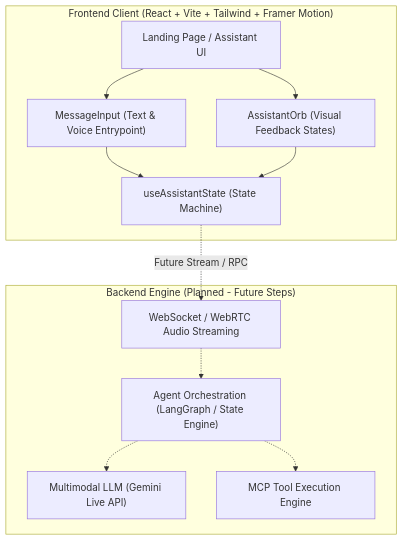
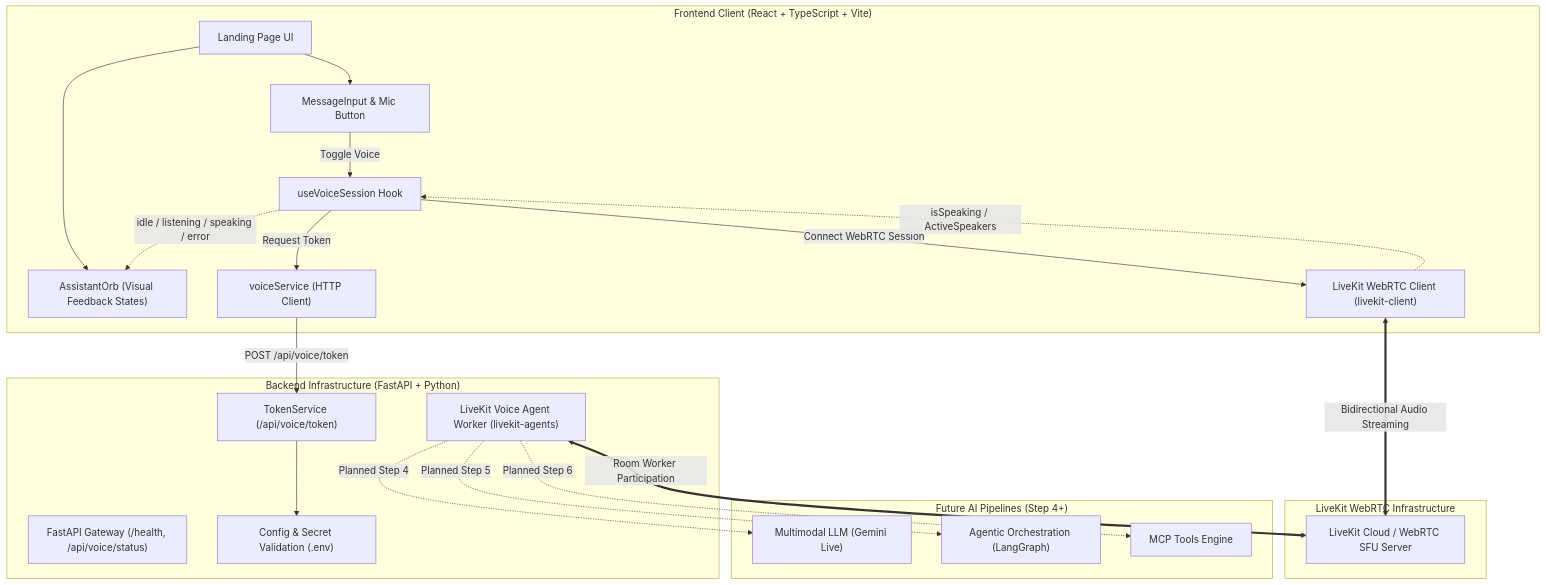
One commit to Prashantt-Singh/voxara-ai changed the diagram in docs/ARCHITECTURE.md. Above: the diagram before and after it, drawn with Mermaid. The commit also changed other lines of this file and 22 other files, not shown here.

````diff
--- a/docs/ARCHITECTURE.md
+++ b/docs/ARCHITECTURE.md
@@ -9,26 +9,48 @@
 ```mermaid
 flowchart TD
-    subgraph Frontend["Frontend Client (React + Vite + Tailwind + Framer Motion)"]
-        UI["Landing Page / Assistant UI"]
+    subgraph Client["Frontend Client (React + TypeScript + Vite)"]
+        UI["Landing Page UI"]
         Orb["AssistantOrb (Visual Feedback States)"]
-        Input["MessageInput (Text & Voice Entrypoint)"]
-        Hook["useAssistantState (State Machine)"]
+        MicBtn["MessageInput & Mic Button"]
+        Hook["useVoiceSession Hook"]
+        VoiceService["voiceService (HTTP Client)"]
+        LKClient["LiveKit WebRTC Client (livekit-client)"]
     end
 
-    subgraph Backend["Backend Engine (Planned - Future Steps)"]
-        WS["WebSocket / WebRTC Audio Streaming"]
-        Orch["Agent Orchestration (LangGraph / State Engine)"]
-        LLM["Multimodal LLM (Gemini Live API)"]
-        Tools["MCP Tool Execution Engine"]
+    subgraph Backend["Backend Infrastructure (FastAPI + Python)"]
+        API["FastAPI Gateway (/health, /api/voice/status)"]
+        TokenGen["TokenService (/api/voice/token)"]
+        Config["Config & Secret Validation (.env)"]
+        LKAgent["LiveKit Voice Agent Worker (livekit-agents)"]
     end
 
+    subgraph Cloud["LiveKit WebRTC Infrastructure"]
+        LKCloud["LiveKit Cloud / WebRTC SFU Server"]
+    end
+
+    subgraph Future["Future AI Pipelines (Step 4+)"]
+        Gemini["Multimodal LLM (Gemini Live)"]
+        LangGraph["Agentic Orchestration (LangGraph)"]
+        MCP["MCP Tools Engine"]
+    end
+
+    %% Frontend Interactions
     UI --> Orb
-    UI --> Input
-    Input --> Hook
-    Orb --> Hook
+    UI --> MicBtn
+    MicBtn -->|Toggle Voice| Hook
+    Hook -->|Request Token| VoiceService
+    VoiceService -->|POST /api/voice/token| TokenGen
+    TokenGen --> Config
+    Hook -->|Connect WebRTC Session| LKClient
+    LKClient <==>|Bidirectional Audio Streaming| LKCloud
+    LKAgent <==>|Room Worker Participation| LKCloud
 
-    Hook -.->|Future Stream / RPC| WS
-    WS -.-> Orch
-    Orch -.-> LLM
-    Orch -.-> Tools
+    %% State Synchronization
+    LKClient -.->|isSpeaking / ActiveSpeakers| Hook
+    Hook -.->|idle / listening / speaking / error| Orb
+
+    %% Future Connections
+    LKAgent -.->|Planned Step 4| Gemini
+    LKAgent -.->|Planned Step 5| LangGraph
+    LKAgent -.->|Planned Step 6| MCP
 ```
````
